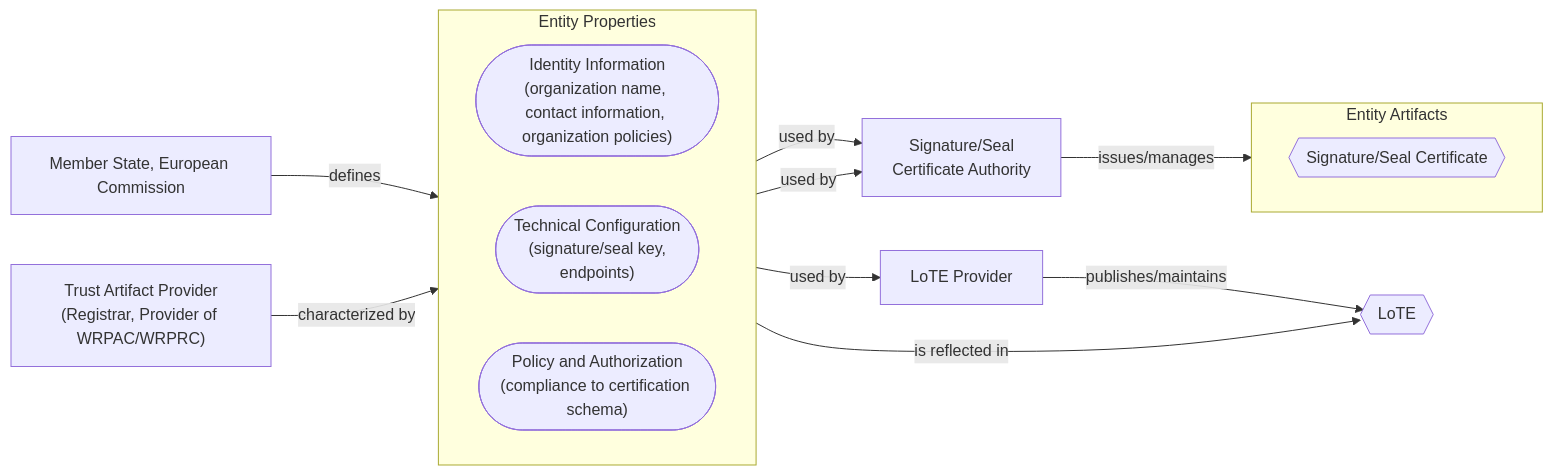
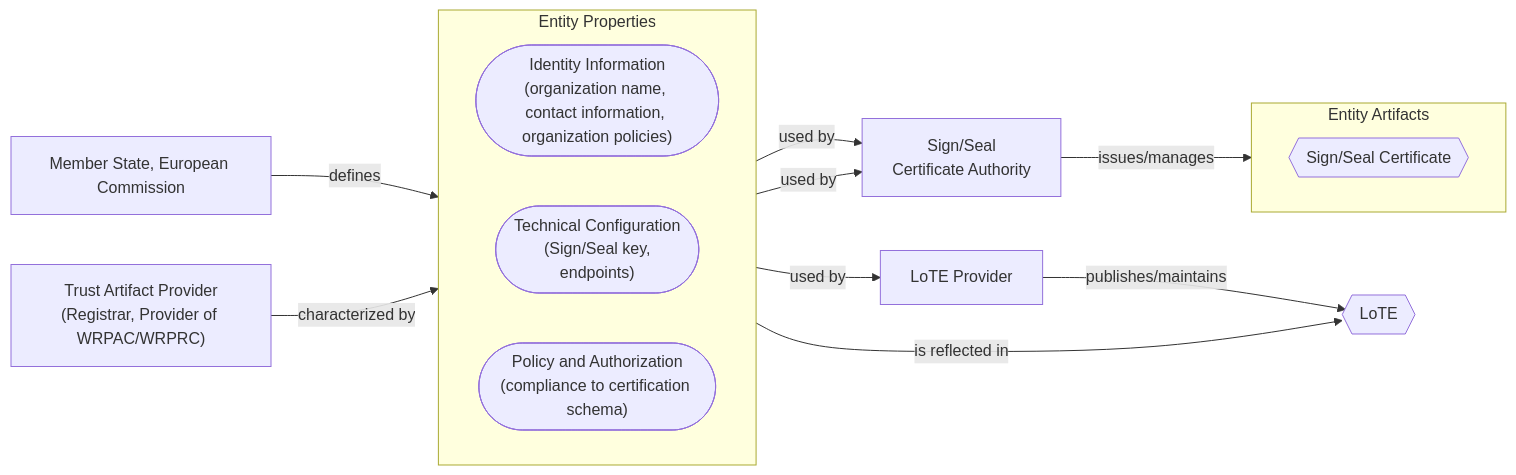
The second of 4 diagrams in docs/topics/trust-management-process.md (APTITUDE-Consortium/wp2-trust-specifications), drawn with Mermaid before and after one commit. The commit also changed other lines of this file and 14 other files, not shown here.

````diff
--- a/docs/topics/trust-management-process.md
+++ b/docs/topics/trust-management-process.md
@@ -191,35 +191,35 @@
 ```mermaid
 flowchart LR
     mid_ent["Trust Artifact Provider<br>(Registrar, Provider of WRPAC/WRPRC)"]
 
     subgraph abst["Entity Properties"]
         direction LR
         id(["Identity Information<br>(organization name, contact information, organization policies)"])
-        tech(["Technical Configuration<br>(signature/seal key,<br> endpoints)"])
+        tech(["Technical Configuration<br>(Sign/Seal key,<br> endpoints)"])
         authz(["Policy and Authorization<br>(compliance to certification schema)"])
     end
 
     subgraph arti["Entity Artifacts"]
         direction LR
-        csig{{"Signature/Seal Certificate"}}
+        csig{{"Sign/Seal Certificate"}}
     end
 
     ms["Member State, European Commission"]
 
     tl{{"LoTE"}}
 
-    ca["Signature/Seal<br>Certificate Authority"]
+    ca["Sign/Seal<br>Certificate Authority"]
     tlp["LoTE Provider"]
 
     mid_ent --"characterized by"--> abst
 
     id --"used by"--> ca
     tech --"used by"--> ca
     ca --"issues/manages"--> csig
 
     abst --"used by"--> tlp
     tlp --"publishes/maintains"--> tl
 
     ms --"defines"--> authz
     authz --"is reflected in"--> tl
 ```
````
